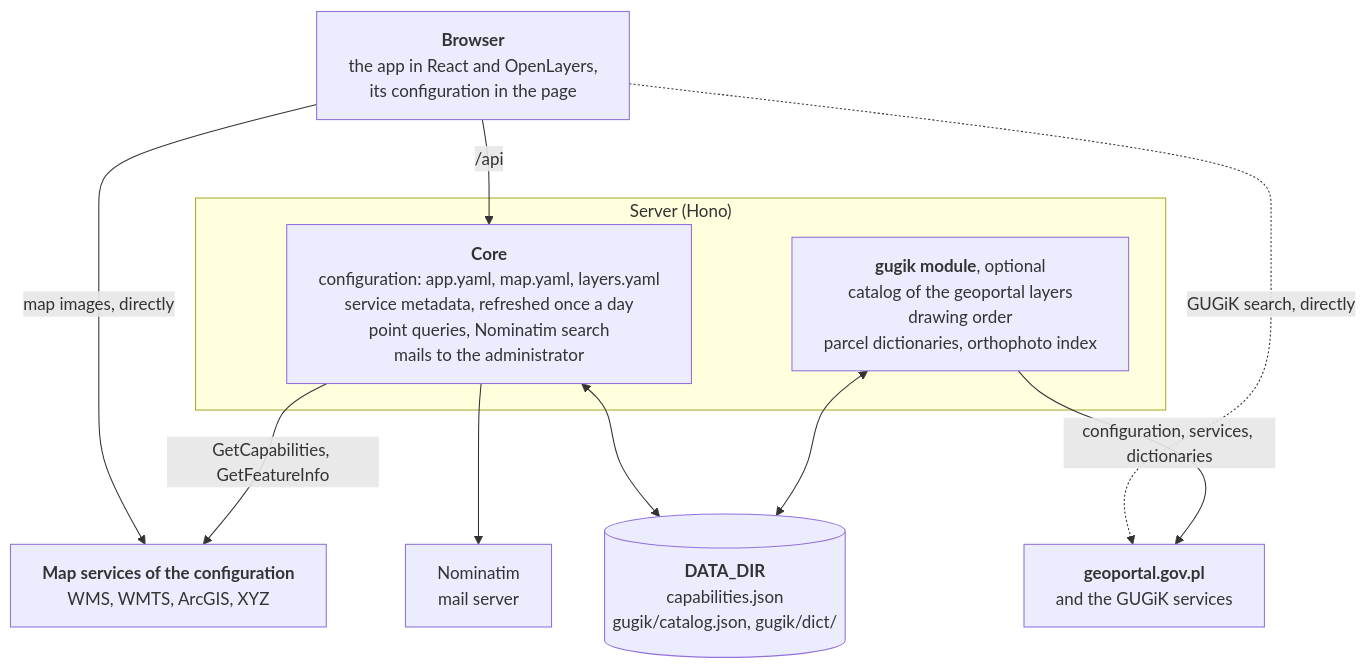
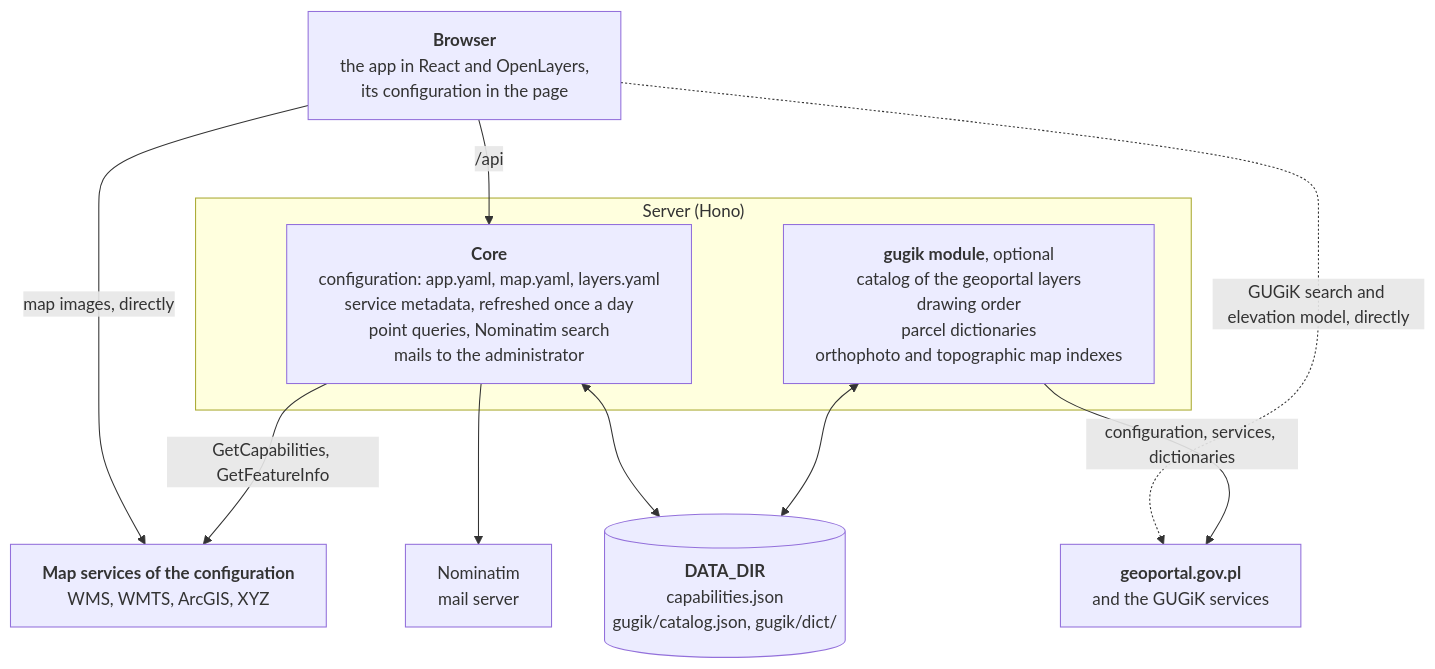
Before and after one commit to envirosolutionspl/minigeoportal: the first of 2 diagrams in docs/en/architecture.md, drawn with Mermaid. The commit also changed other lines of this file and 40 other files, not shown here.

````diff
--- a/docs/en/architecture.md
+++ b/docs/en/architecture.md
@@ -5,24 +5,24 @@
 ```mermaid
 %%{init: {"flowchart": {"wrappingWidth": 340}}}%%
 flowchart TB
   app["<b>Browser</b><br/>the app in React and OpenLayers,<br/>its configuration in the page"]
 
   subgraph server["Server (Hono)"]
     core["<b>Core</b><br/>configuration: app.yaml, map.yaml, layers.yaml<br/>service metadata, refreshed once a day<br/>point queries, Nominatim search<br/>mails to the administrator"]
-    gugik["<b>gugik module</b>, optional<br/>catalog of the geoportal layers<br/>drawing order<br/>parcel dictionaries, orthophoto index"]
+    gugik["<b>gugik module</b>, optional<br/>catalog of the geoportal layers<br/>drawing order<br/>parcel dictionaries<br/>orthophoto and topographic map indexes"]
   end
 
   data[("<b>DATA_DIR</b><br/>capabilities.json<br/>gugik/catalog.json, gugik/dict/")]
   services["<b>Map services of the configuration</b><br/>WMS, WMTS, ArcGIS, XYZ"]
   geoportal["<b>geoportal.gov.pl</b><br/>and the GUGiK services"]
   other["Nominatim<br/>mail server"]
 
   app -- "/api" --> core
   app -- "map images, directly" --> services
-  app -. "GUGiK search, directly" .-> geoportal
+  app -. "GUGiK search and elevation model, directly" .-> geoportal
   core -- "GetCapabilities, GetFeatureInfo" --> services
   core --> other
   gugik -- "configuration, services, dictionaries" --> geoportal
   core <--> data
   gugik <--> data
 ```
````
